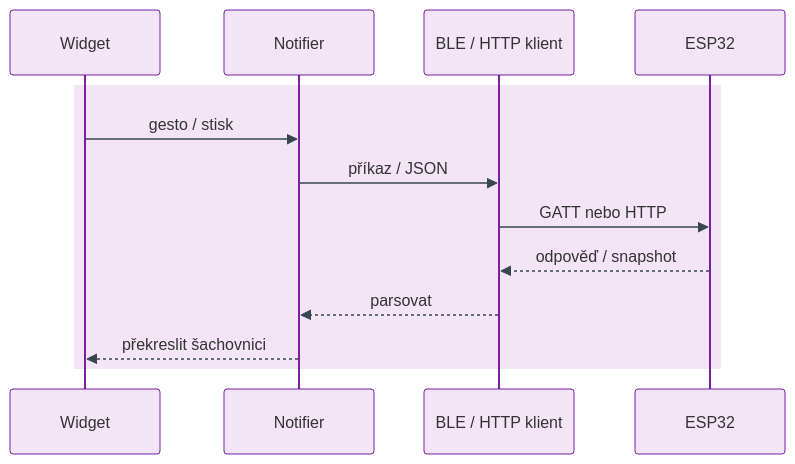
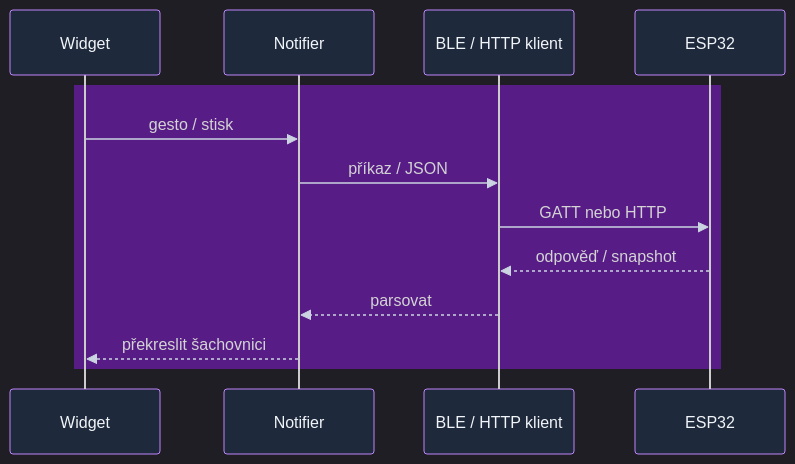
Before and after one commit to AlfredKrutina/chess_esp32_c6_devkit: the second of 5 diagrams in docs/flutter/README.md, drawn with Mermaid. The commit also changed other lines of this file and 97 other files, not shown here.

Commit message:
more diagrams

````diff
--- a/docs/flutter/README.md
+++ b/docs/flutter/README.md
@@ -67,16 +71,16 @@
 ```mermaid
-%%{init: {'theme':'base', 'themeVariables': {'actorBkg':'#f3e5f5','actorBorder':'#7b1fa2','signalColor':'#37474f'}}}%%
+%%{init: {'theme':'dark','themeVariables':{'actorBkg':'#1e293b','actorBorder':'#c084fc','actorTextColor':'#f1f5f9','signalColor':'#cbd5e1'}}}%%
 sequenceDiagram
-  rect rgb(243, 229, 245)
+  rect rgb(88, 28, 135)
     participant W as Widget
     participant N as Notifier
     participant X as BLE / HTTP klient
     participant D as ESP32
     W->>N: gesto / stisk
     N->>X: příkaz / JSON
     X->>D: GATT nebo HTTP
     D-->>X: odpověď / snapshot
     X-->>N: parsovat
     N-->>W: překreslit šachovnici
   end
 ```
````
